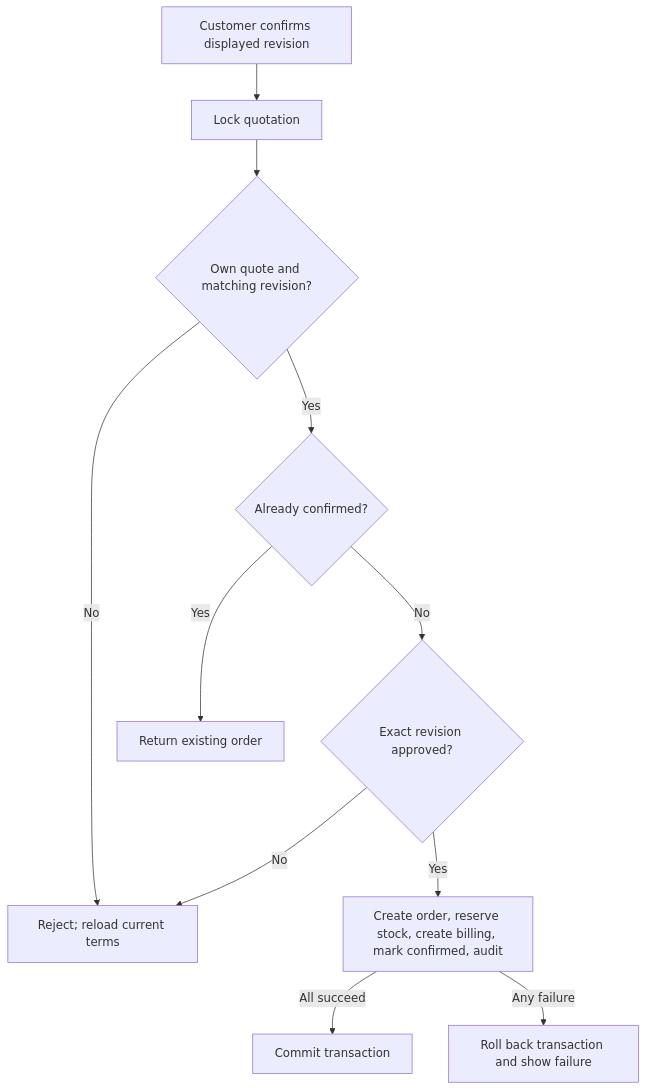
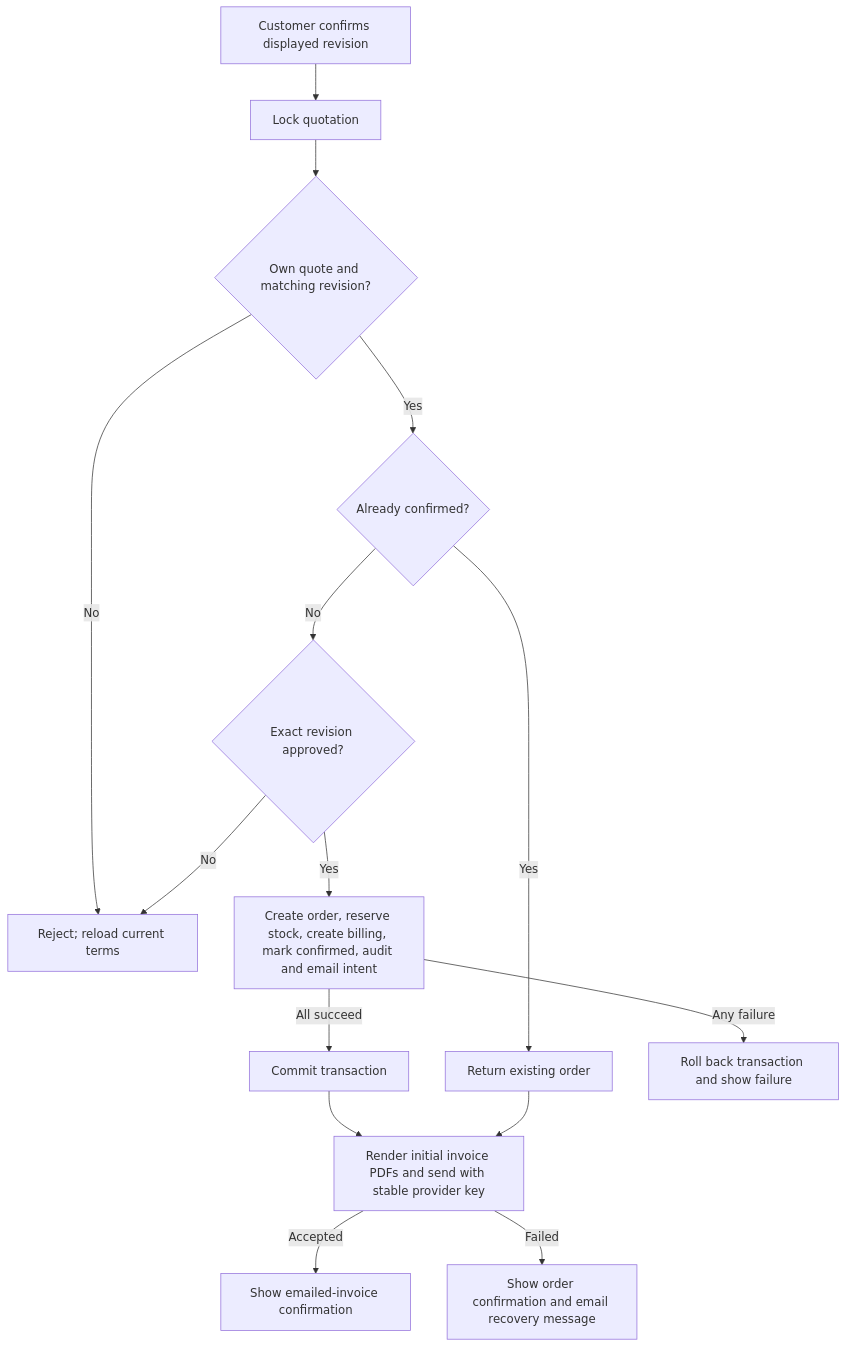
Before and after one commit to Chaudhari0707/deal-flow-360: the fourth of 4 diagrams in docs/flows/quotations.md, drawn with Mermaid. The commit also changed other lines of this file and 14 other files, not shown here.

Commit message:
feat(billing): email invoices after customer confirmation

````diff
--- a/docs/flows/quotations.md
+++ b/docs/flows/quotations.md
@@ -298,15 +309,19 @@
 ```mermaid
 flowchart TD
     accTitle: Customer acceptance consistency boundary
-    accDescr: Customer identity and revision are checked before a transaction creates the order, stock reservation, billing, confirmed status and audit. A retry returns an existing confirmed order.
+    accDescr: Customer identity and revision are checked before a transaction creates the order, stock reservation, billing, confirmed status, audit and email intent. PDF delivery happens only after commit and retries use one stable provider identity.
     Click[Customer confirms displayed revision] --> Lock[Lock quotation]
     Lock --> Check{Own quote and matching revision?}
     Check -->|No| Error[Reject; reload current terms]
     Check -->|Yes| Existing{Already confirmed?}
     Existing -->|Yes| Return[Return existing order]
     Existing -->|No| Approved{Exact revision approved?}
     Approved -->|No| Error
-    Approved -->|Yes| Writes[Create order, reserve stock, create billing, mark confirmed, audit]
+    Approved -->|Yes| Writes[Create order, reserve stock, create billing, mark confirmed, audit and email intent]
     Writes -->|All succeed| Commit[Commit transaction]
     Writes -->|Any failure| Rollback[Roll back transaction and show failure]
+    Commit --> Deliver[Render initial invoice PDFs and send with stable provider key]
+    Return --> Deliver
+    Deliver -->|Accepted| Sent[Show emailed-invoice confirmation]
+    Deliver -->|Failed| Failed[Show order confirmation and email recovery message]
 ```
````
